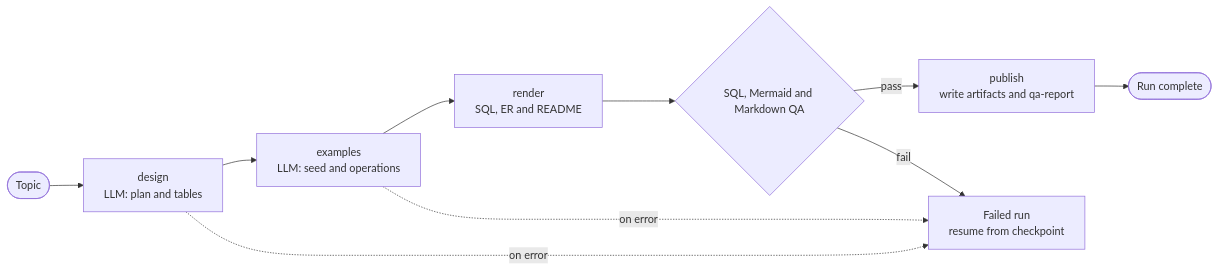
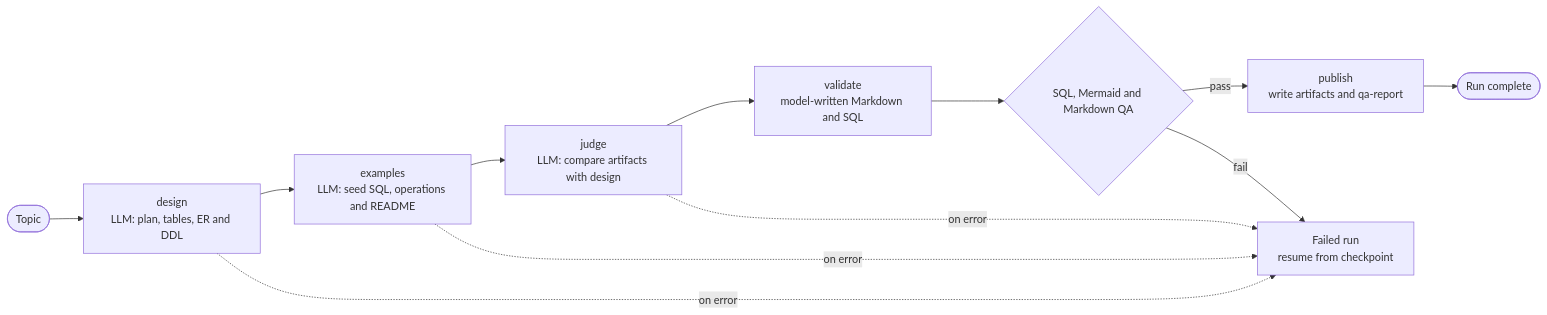
The diagram in README.md (edikjs/db-pet-gen), drawn with Mermaid before and after one commit. The commit also changed other lines of this file and 42 other files, not shown here.

Commit message:
refactor: validate model-written SQL, Mermaid and Markdown before writing

````diff
--- a/README.md
+++ b/README.md
@@ -50,12 +51,14 @@
 ```mermaid
 flowchart LR
-    T(["Topic"]) --> D["design<br/>LLM: plan and tables"]
-    D --> X["examples<br/>LLM: seed and operations"]
-    X --> R["render<br/>SQL, ER and README"]
-    R --> Q{"SQL, Mermaid and Markdown QA"}
+    T(["Topic"]) --> D["design<br/>LLM: plan, tables, ER and DDL"]
+    D --> X["examples<br/>LLM: seed SQL, operations and README"]
+    X --> J["judge<br/>LLM: compare artifacts with design"]
+    J --> V["validate<br/>model-written Markdown and SQL"]
+    V --> Q{"SQL, Mermaid and Markdown QA"}
     Q -- pass --> P["publish<br/>write artifacts and qa-report"]
     Q -- fail --> F["Failed run<br/>resume from checkpoint"]
     P --> Z(["Run complete"])
     D -. on error .-> F
     X -. on error .-> F
+    J -. on error .-> F
 ```
````
